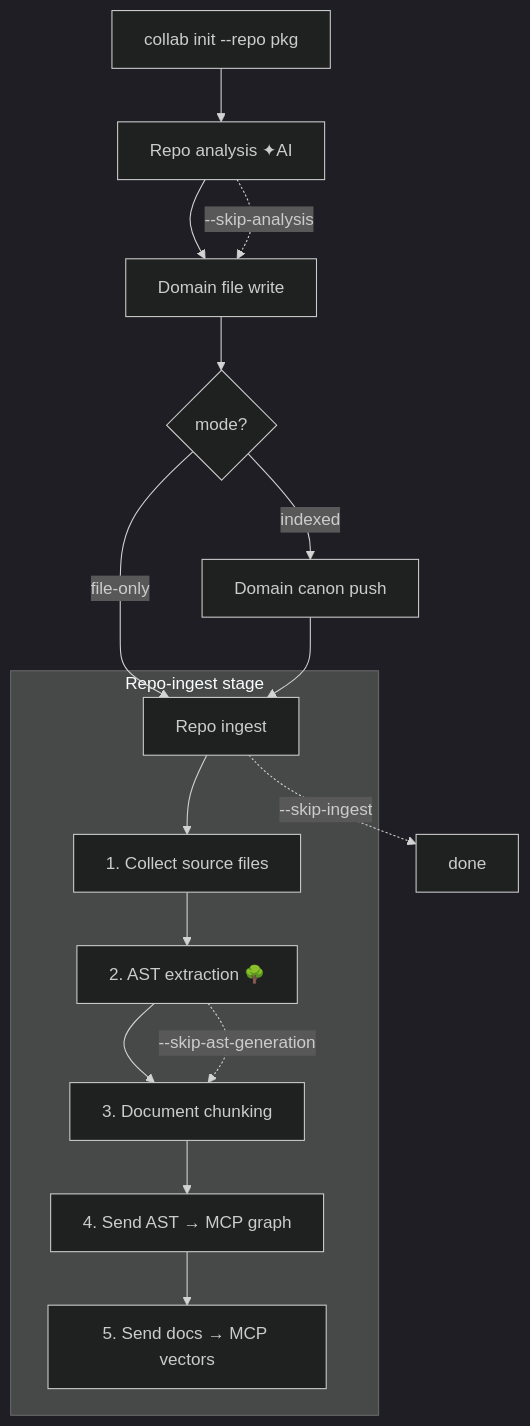
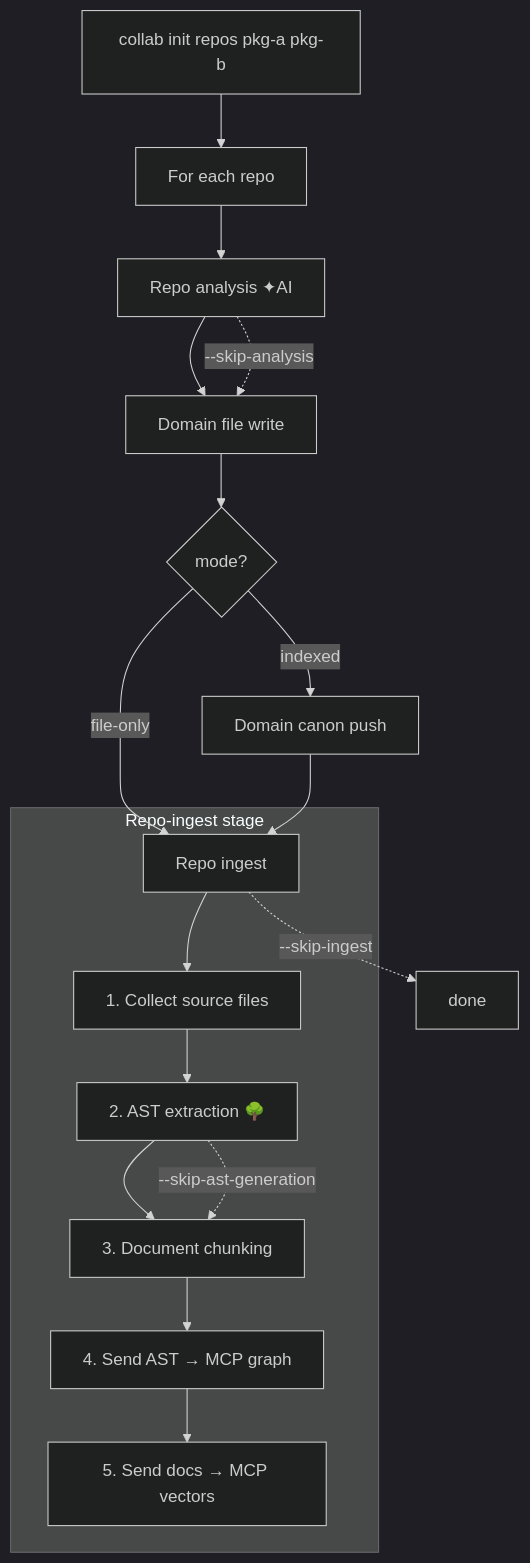
One commit to uxmaltech/collab-cli changed the fifth of 11 diagrams in README.md. Above: the diagram before and after it, drawn with Mermaid (dark theme). The commit also changed other lines of this file and 8 other files, not shown here.

First line of the commit message:
feat: refactor `collab init --repo` to `collab init repos <path...>` subcommand (#124)

````diff
--- a/README.md
+++ b/README.md
@@ -223,21 +223,22 @@
 ```mermaid
 flowchart TD
-    A["collab init --repo pkg"] --> B["Repo analysis ✦AI"]
+    A["collab init repos pkg-a pkg-b"] --> LOOP["For each repo"]
+    LOOP --> B["Repo analysis ✦AI"]
     B --> C["Domain file write"]
     C --> D{mode?}
     D -->|indexed| E["Domain canon push"]
     D -->|file-only| F["Repo ingest"]
     E --> F
 
     subgraph INGEST["Repo-ingest stage"]
         F --> G["1. Collect source files"]
         G --> H["2. AST extraction 🌳"]
         H --> I["3. Document chunking"]
         I --> J["4. Send AST → MCP graph"]
         J --> K["5. Send docs → MCP vectors"]
     end
 
     B -. "--skip-analysis" .-> C
     F -. "--skip-ingest" .-> END["done"]
     H -. "--skip-ast-generation" .-> I
 ```
````
